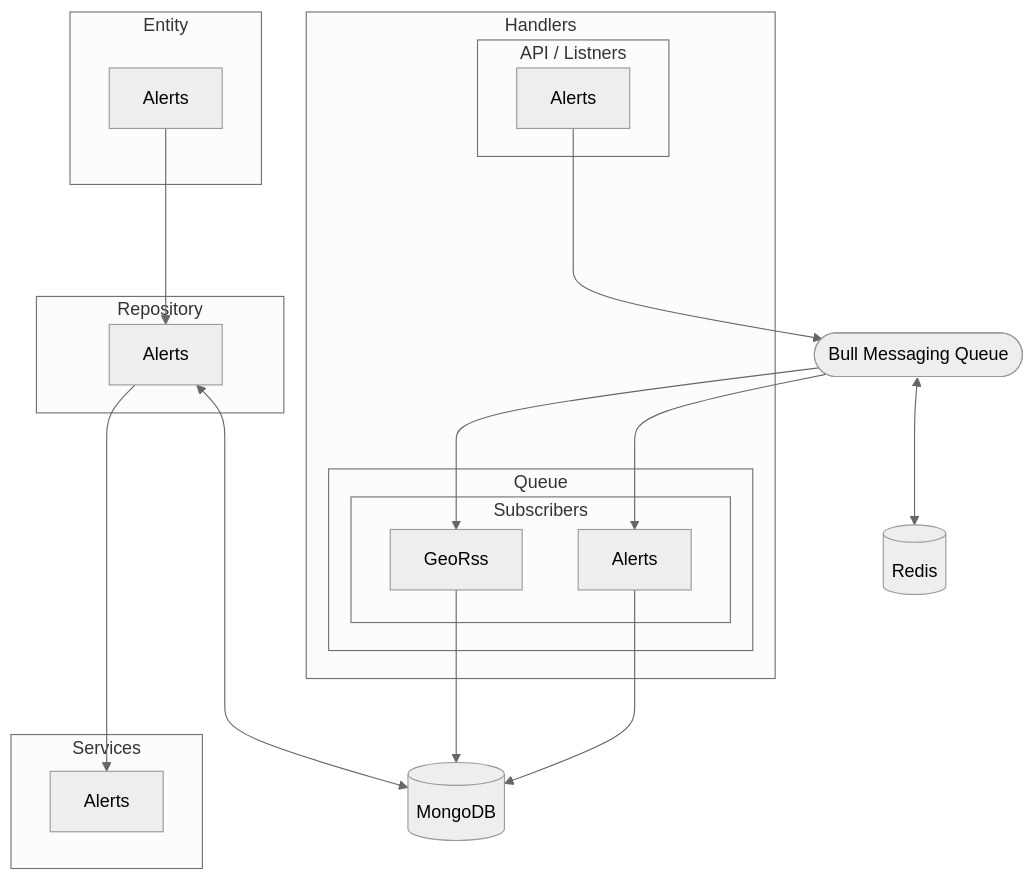
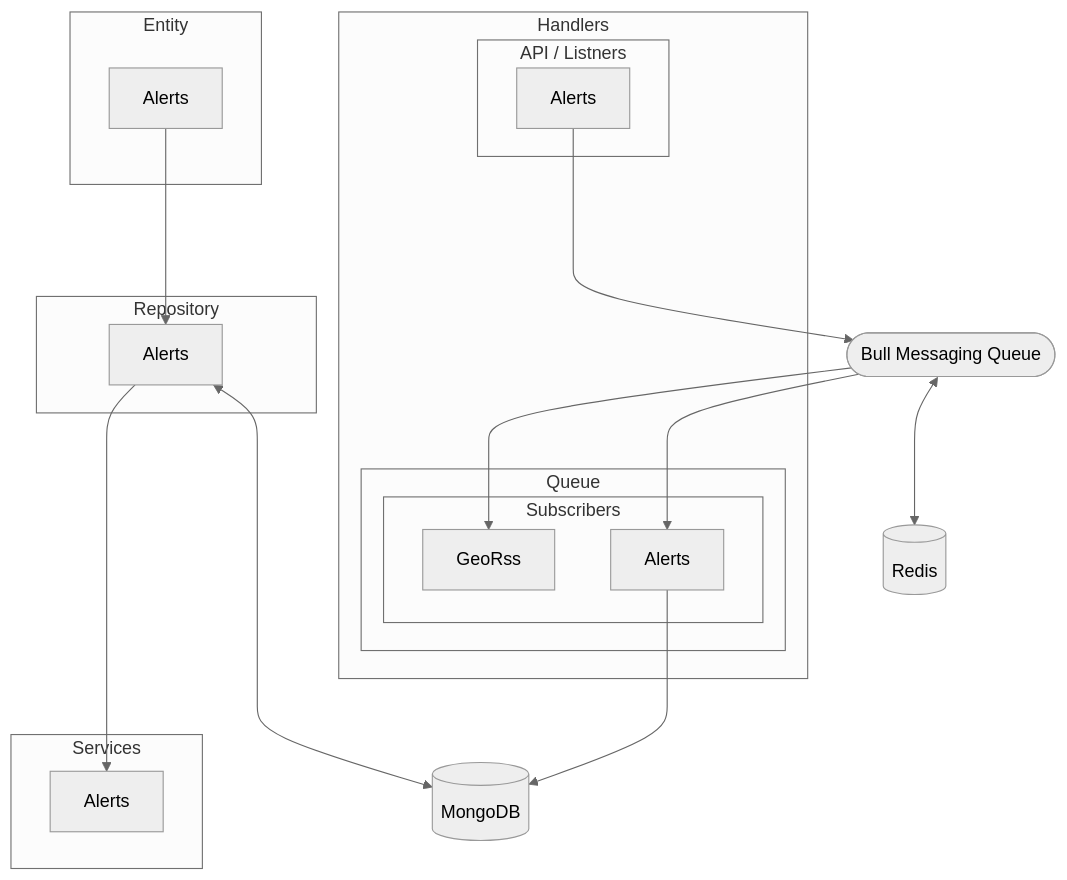
The diagram in README.md (Lagbana/alerts-manager), drawn with Mermaid (neutral theme) before and after one commit. The commit also changed 3 other files, not shown here.

````diff
--- a/README.md
+++ b/README.md
@@ -78,45 +78,44 @@
 ```mermaid
 graph TB
 
 bull([Bull Messaging Queue])
 mongo-db[(MongoDB)]
 redis[(Redis)]
 
 subgraph Entity
     alerts[Alerts]
 end
 
 subgraph Services
     alerts-service[Alerts]
 end
 
 subgraph Repository
     alerts-repository[Alerts]
 end
 
 subgraph Handlers
     subgraph "API / Listners"
         alerts-api[Alerts]
     end
 
     subgraph Queue
         subgraph Subscribers
             georss-feed[GeoRss]
             alerts-feed[Alerts]
         end
     end
 
 end
 
 bull <--> redis
 alerts-api ---> bull
 alerts-repository ---> alerts-service
 alerts ---> alerts-repository
 alerts-repository <---> mongo-db
 bull --> georss-feed
 bull --> alerts-feed
 
 alerts-feed --> mongo-db
-georss-feed --> mongo-db
 
 ```
````
